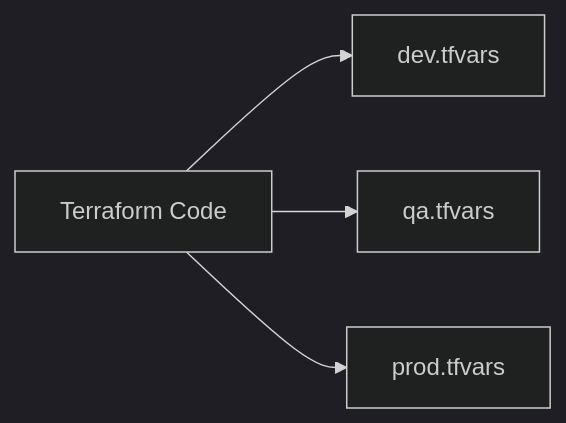
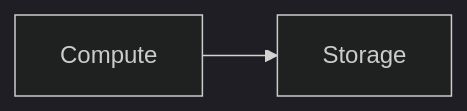
Before and after one commit to arira-ai/ar_terraform: the third of 3 diagrams in 05_Terraform_+_Cloud/05.01-Terraform_with_Cloud.md, drawn with Mermaid (dark theme). The commit also changed other lines of this file, not shown here.

````diff
--- a/05_Terraform_+_Cloud/05.01-Terraform_with_Cloud.md
+++ b/05_Terraform_+_Cloud/05.01-Terraform_with_Cloud.md
@@ -106,6 +115,4 @@
 ```mermaid
 flowchart LR
-A[Terraform Code] --> B[dev.tfvars]
-A --> C[qa.tfvars]
-A --> D[prod.tfvars]
+A[Compute] --> B[Storage]
 ```
````
